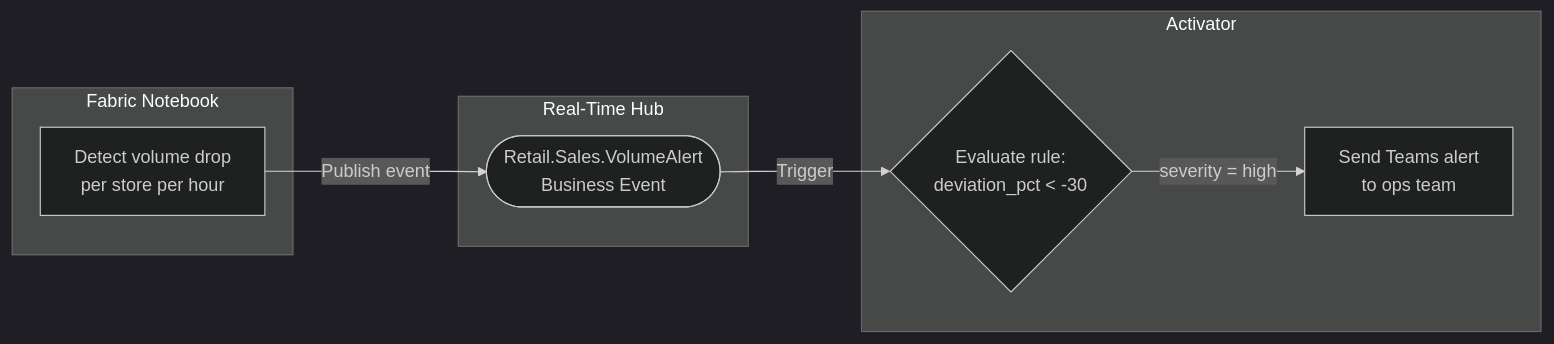
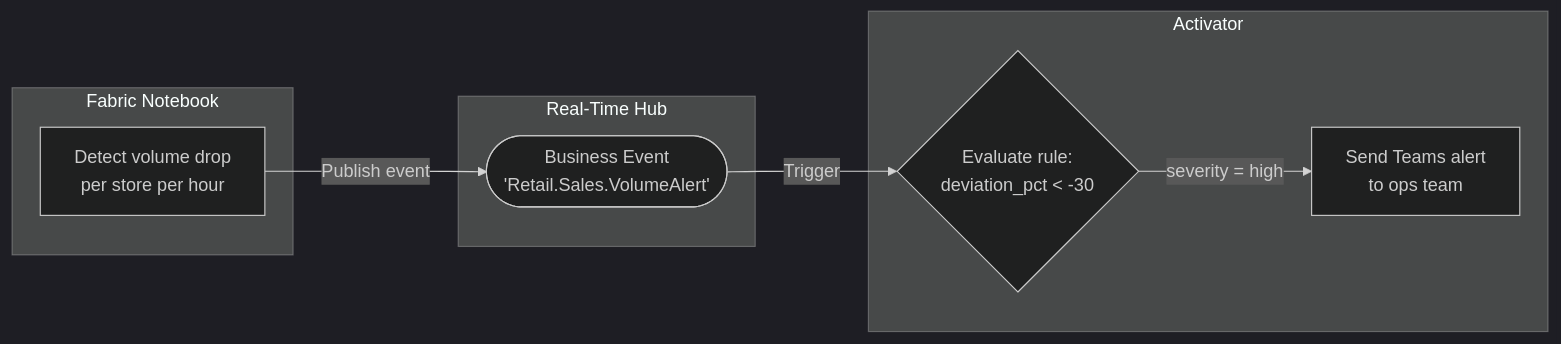
Before and after one commit to microsoft/fabric-events: the first of 2 diagrams in docs/business-events/scenarios/scenario-01-sales-volume-alert/README.md, drawn with Mermaid (dark theme). The commit also changed other lines of this file and 9 other files, not shown here.

First line of the commit message:
Standardize Business Event diagram nodes across all articles

````diff
--- a/docs/business-events/scenarios/scenario-01-sales-volume-alert/README.md
+++ b/docs/business-events/scenarios/scenario-01-sales-volume-alert/README.md
@@ -19,19 +19,19 @@
 ```mermaid
 flowchart LR
     subgraph Fabric Notebook
         A[Detect volume drop\nper store per hour]
     end
 
     subgraph Real-Time Hub
-        B([Retail.Sales.VolumeAlert\nBusiness Event])
+        B([Business Event\n'Retail.Sales.VolumeAlert'])
     end
 
     subgraph Activator
         C{Evaluate rule:\ndeviation_pct < -30}
         D[Send Teams alert\nto ops team]
     end
 
     A -->|Publish event| B
     B -->|Trigger| C
     C -->|severity = high| D
 ```
````
